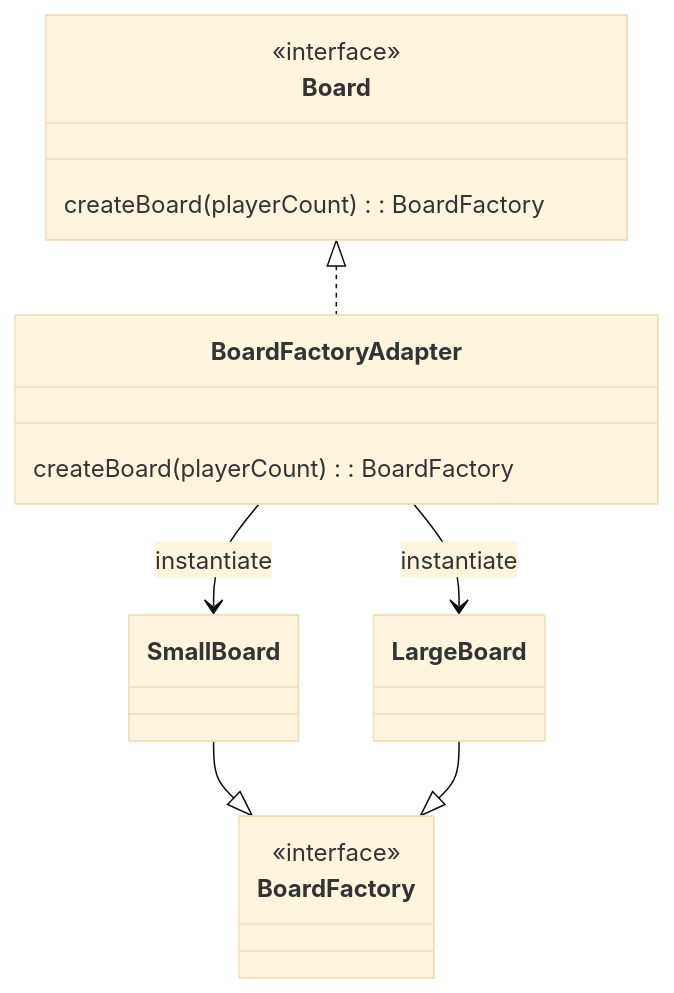
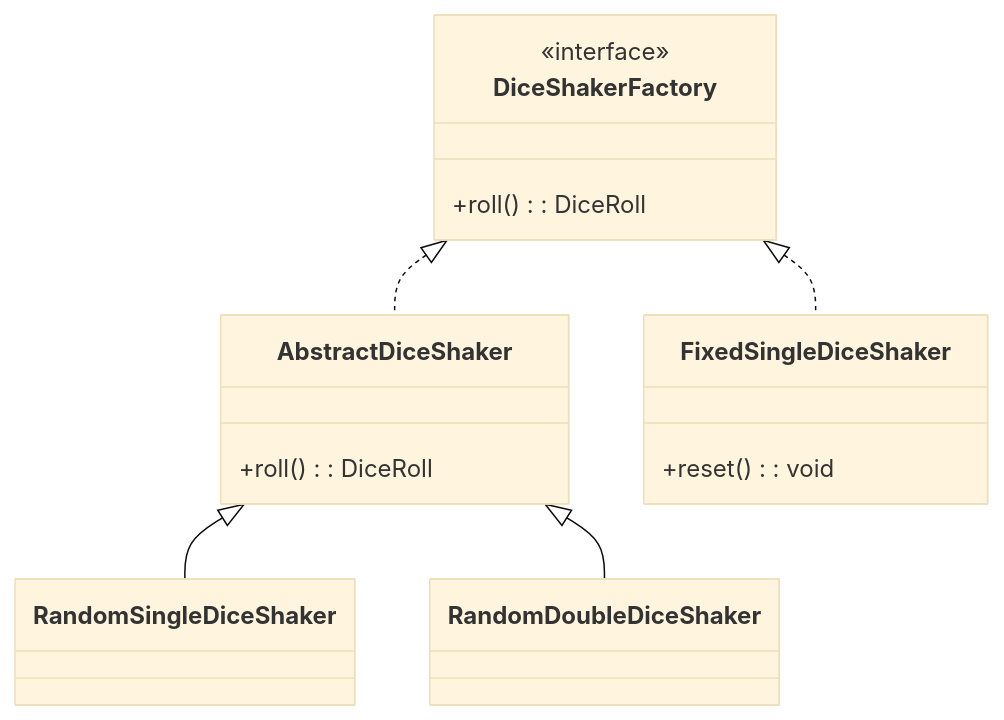
The third of 12 diagrams in README.md (SirRmelTheThird/HyperJump), drawn with Mermaid (base theme) before and after one commit. The commit also changed other lines of this file and 7 other files, not shown here.

````diff
--- a/README.md
+++ b/README.md
@@ -82,24 +77,23 @@
 ```mermaid
 classDiagram
-Board <|.. BoardFactoryAdapter
-BoardFactoryAdapter --> SmallBoard : instantiate
-BoardFactoryAdapter --> LargeBoard : instantiate
-SmallBoard --|> BoardFactory
-LargeBoard --|> BoardFactory
+    AbstractDiceShaker <|-- RandomSingleDiceShaker
+    AbstractDiceShaker <|-- RandomDoubleDiceShaker
+    DiceShakerFactory <|.. AbstractDiceShaker
+    DiceShakerFactory <|.. FixedSingleDiceShaker
 
-    class Board {
+    class DiceShakerFactory {
         <<interface>>
-        createBoard(playerCount): BoardFactory
+        +roll(): DiceRoll
     }
 
-    class BoardFactoryAdapter {
-        createBoard(playerCount): BoardFactory
+    class AbstractDiceShaker {
+        +roll(): DiceRoll
     }
 
-    class BoardFactory {
-        <<interface>>
+    class RandomSingleDiceShaker
+    class RandomDoubleDiceShaker
+
+    class FixedSingleDiceShaker {
+        +reset(): void
     }
-
-    class SmallBoard
-    class LargeBoard
 ```
````
